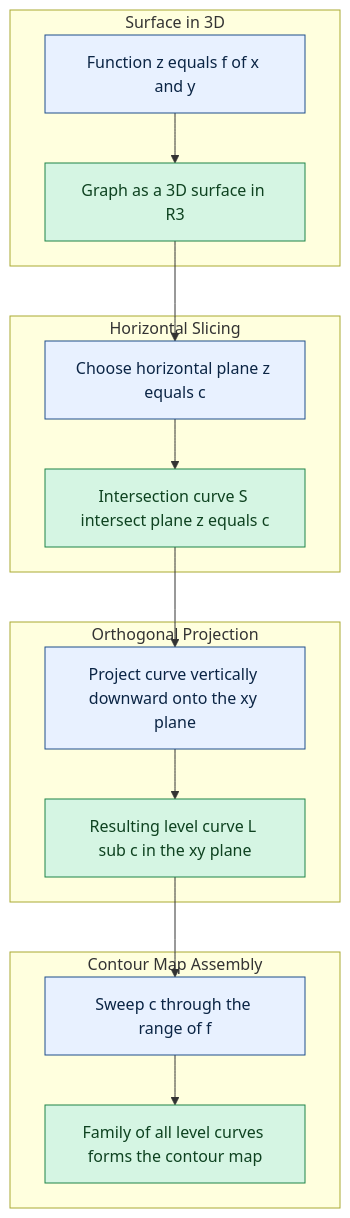
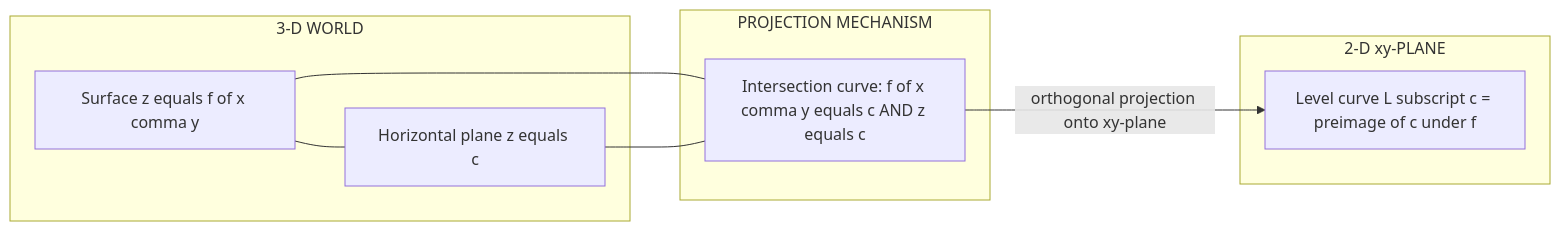
The second of 5 diagrams in public/notes/computer-science-and-engineering/semester-1/gamat101-mathematics-for-information-science-1/02-module-2-functions-of-several-variables-domains-and-ranges/level-curves-of-two-variables/notes.md (vishnuu-kr/ktunode), drawn with Mermaid before and after one commit. The commit also changed other lines of this file and 4829 other files, not shown here.

````diff
--- a/public/notes/computer-science-and-engineering/semester-1/gamat101-mathematics-for-information-science-1/02-module-2-functions-of-several-variables-domains-and-ranges/level-curves-of-two-variables/notes.md
+++ b/public/notes/computer-science-and-engineering/semester-1/gamat101-mathematics-for-information-science-1/02-module-2-functions-of-several-variables-domains-and-ranges/level-curves-of-two-variables/notes.md
@@ -329,35 +385,17 @@
 ```mermaid
-flowchart TD
-    subgraph surfaceLayer[Surface in 3D]
-        funcDef["Function z equals f of x and y"]
-        surfRender["Graph as a 3D surface in R3"]
+flowchart LR
+    subgraph SURF ["3-D WORLD"]
+        S["Surface z equals f of x comma y"]
+        P["Horizontal plane z equals c"]
     end
-
-    subgraph slicingLayer[Horizontal Slicing]
-        planeChoice["Choose horizontal plane z equals c"]
-        intersection["Intersection curve S intersect plane z equals c"]
+    subgraph PROJ ["PROJECTION MECHANISM"]
+        V["Intersection curve: f of x comma y equals c AND z equals c"]
     end
-
-    subgraph projLayer[Orthogonal Projection]
-        projectDown["Project curve vertically downward onto the xy plane"]
-        levelCurve["Resulting level curve L sub c in the xy plane"]
+    subgraph PLANE ["2-D xy-PLANE"]
+        L["Level curve L subscript c = preimage of c under f"]
     end
-
-    subgraph familyLayer[Contour Map Assembly]
-        sweepC["Sweep c through the range of f"]
-        contourMap["Family of all level curves forms the contour map"]
-    end
-
-    funcDef --> surfRender
-    surfRender --> planeChoice
-    planeChoice --> intersection
-    intersection --> projectDown
-    projectDown --> levelCurve
-    levelCurve --> sweepC
-    sweepC --> contourMap
-
-    classDef stepNode fill:#E8F1FF,stroke:#1F4E8C,color:#0B2545
-    classDef resultNode fill:#D5F5E3,stroke:#1E8449,color:#0E4220
-    class funcDef,planeChoice,projectDown,sweepC stepNode
-    class surfRender,intersection,levelCurve,contourMap resultNode
+    S --- P
+    S --- V
+    P --- V
+    V -->|"orthogonal projection onto xy-plane"| L
 ```
````
